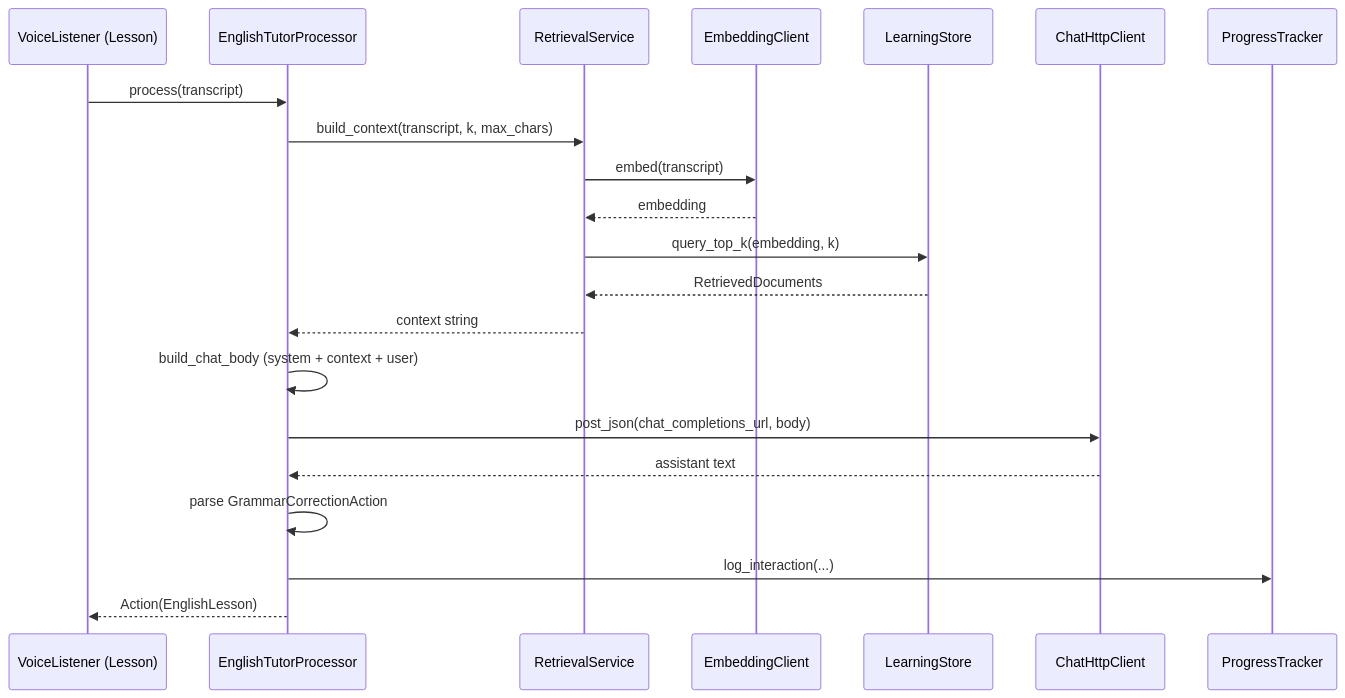
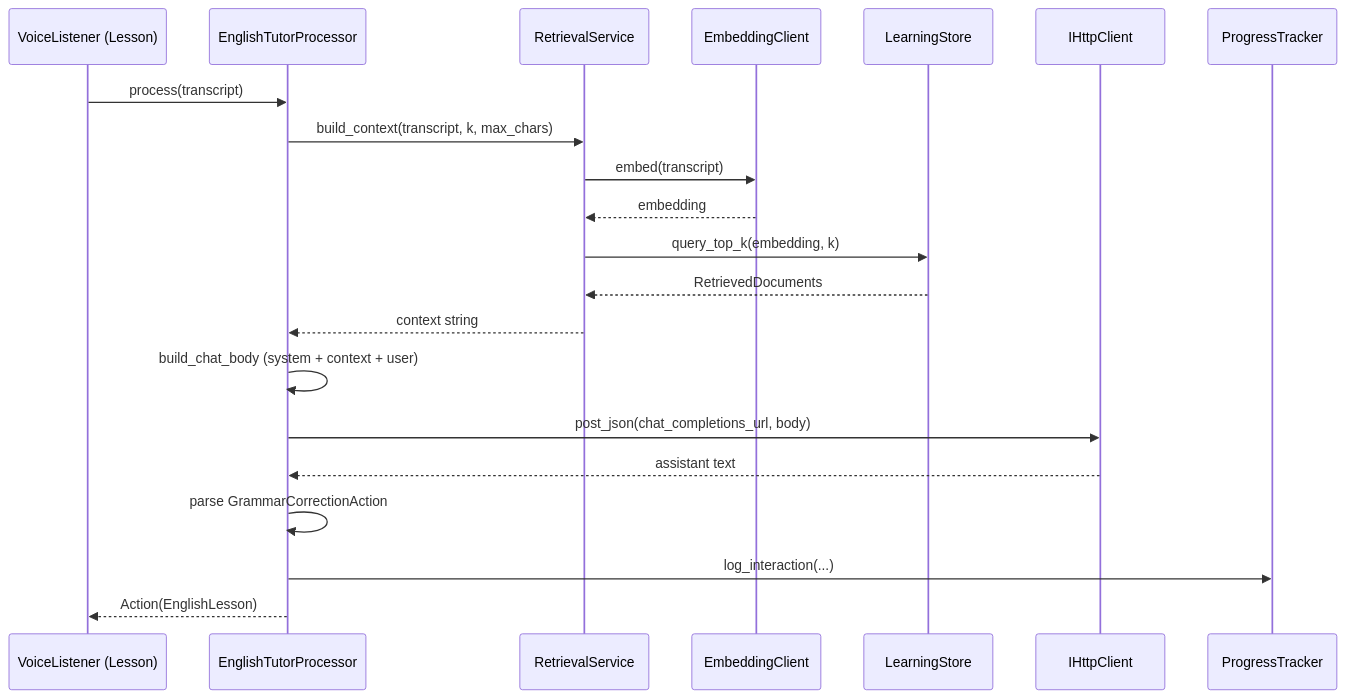
One commit to vduckute1812/hecquin changed the second of 2 diagrams in sound/src/learning/README.md. Above: the diagram before and after it, drawn with Mermaid. The commit also changed 16 other files, not shown here.

````diff
--- a/sound/src/learning/README.md
+++ b/sound/src/learning/README.md
@@ -93,24 +93,24 @@
 ```mermaid
 sequenceDiagram
     participant L as VoiceListener (Lesson)
     participant T as EnglishTutorProcessor
     participant R as RetrievalService
     participant E as EmbeddingClient
     participant S as LearningStore
-    participant H as ChatHttpClient
+    participant H as IHttpClient
     participant P as ProgressTracker
 
     L->>T: process(transcript)
     T->>R: build_context(transcript, k, max_chars)
     R->>E: embed(transcript)
     E-->>R: embedding
     R->>S: query_top_k(embedding, k)
     S-->>R: RetrievedDocuments
     R-->>T: context string
     T->>T: build_chat_body (system + context + user)
     T->>H: post_json(chat_completions_url, body)
     H-->>T: assistant text
     T->>T: parse GrammarCorrectionAction
     T->>P: log_interaction(...)
     T-->>L: Action(EnglishLesson)
 ```
````
